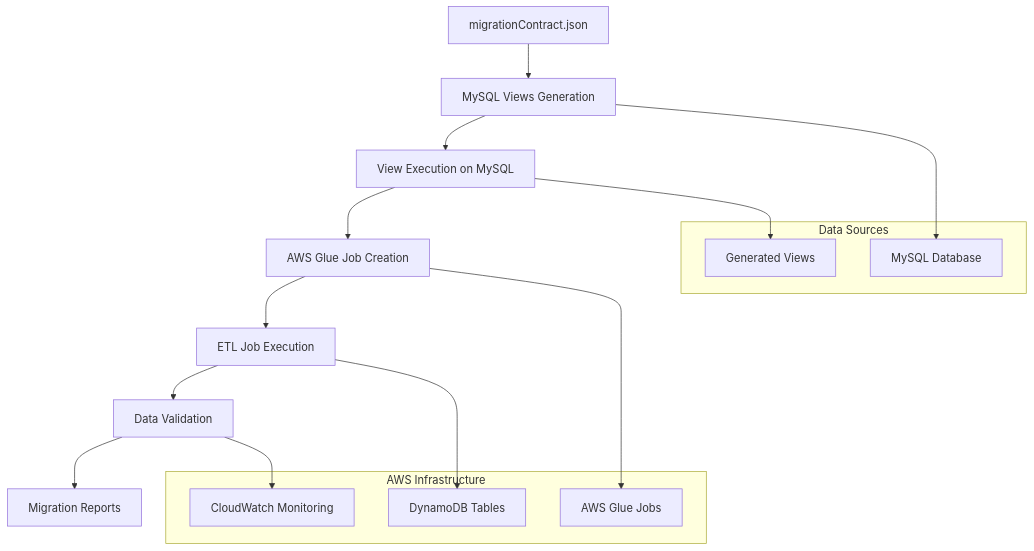
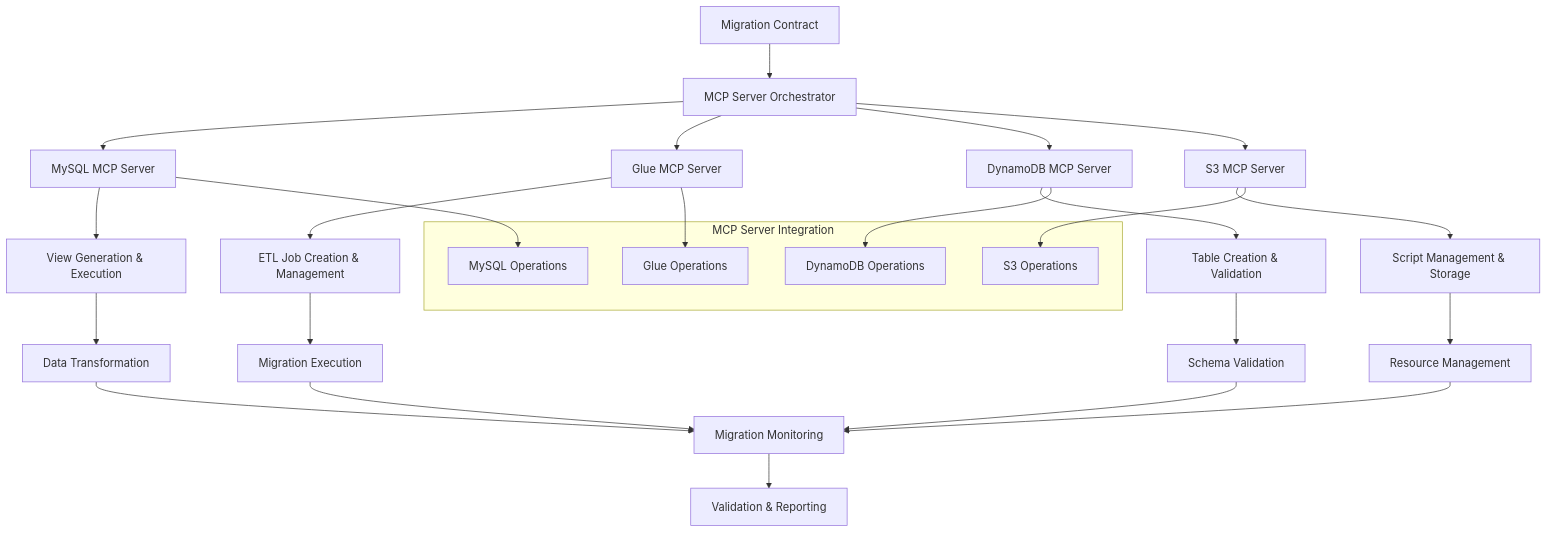
Before and after one commit to aws-samples/aws-dynamodb-examples: the diagram in workshops/modernizr/prompts/07-data-migration-execution/design.md, drawn with Mermaid. The commit also changed other lines of this file and 3 other files, not shown here.

Commit message:
Updated stage 07 and presented ERD information about source database

````diff
--- a/workshops/modernizr/prompts/07-data-migration-execution/design.md
+++ b/workshops/modernizr/prompts/07-data-migration-execution/design.md
@@ -11,26 +11,37 @@
 ```mermaid
 graph TD
-    A[migrationContract.json] --> B[MySQL Views Generation]
-    B --> C[View Execution on MySQL]
-    C --> D[AWS Glue Job Creation]
-    D --> E[ETL Job Execution]
-    E --> F[Data Validation]
-    F --> G[Migration Reports]
+    A[Migration Contract] --> B[MCP Server Orchestrator]
+    B --> C[MySQL MCP Server]
+    B --> D[Glue MCP Server]
+    B --> E[DynamoDB MCP Server]
+    B --> F[S3 MCP Server]
     
-    subgraph "Data Sources"
-        H[MySQL Database]
-        I[Generated Views]
+    C --> G[View Generation & Execution]
+    D --> H[ETL Job Creation & Management]
+    E --> I[Table Creation & Validation]
+    F --> J[Script Management & Storage]
+    
+    G --> K[Data Transformation]
+    H --> L[Migration Execution]
+    I --> M[Schema Validation]
+    J --> N[Resource Management]
+    
+    K --> O[Migration Monitoring]
+    L --> O
+    M --> O
+    N --> O
+    
+    O --> P[Validation & Reporting]
+    
+    subgraph "MCP Server Integration"
+        Q[MySQL Operations]
+        R[Glue Operations]
+        S[DynamoDB Operations]
+        T[S3 Operations]
     end
     
-    subgraph "AWS Infrastructure"
-        J[DynamoDB Tables]
-        K[AWS Glue Jobs]
-        L[CloudWatch Monitoring]
-    end
-    
-    B --> H
-    C --> I
-    D --> K
-    E --> J
-    F --> L
+    C --> Q
+    D --> R
+    E --> S
+    F --> T
 ```
````
